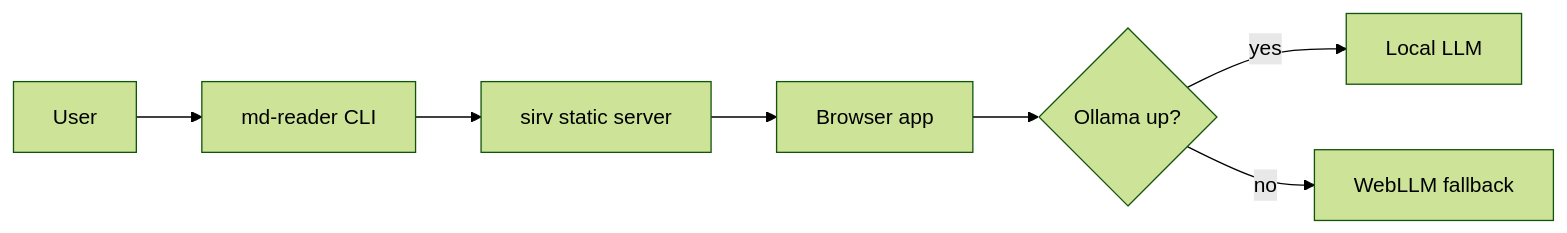
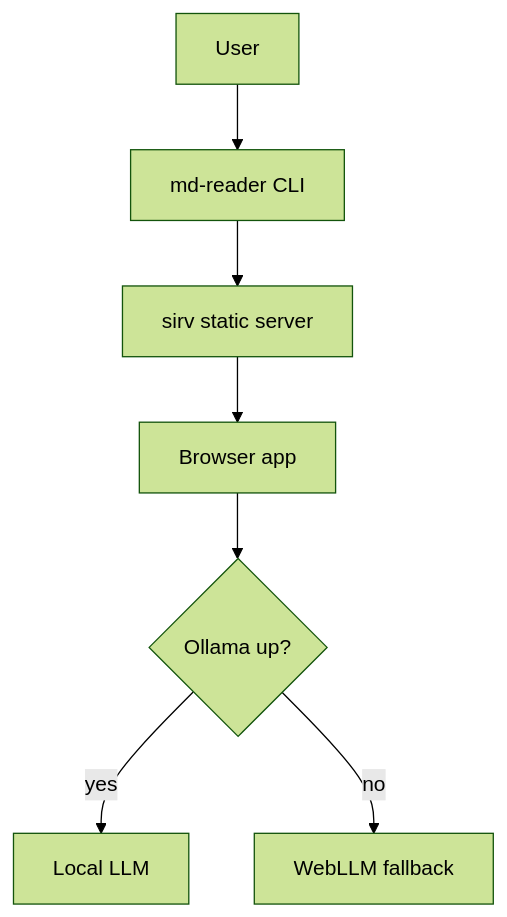
One commit to manup-dev/themarkdownreader changed the first of 3 diagrams in e2e/fixtures/harness/00-overview.md. Above: the diagram before and after it, drawn with Mermaid (forest theme). The commit also changed 2 other files, not shown here.

Commit message:
fix(e2e): align live-site fixture assertions with new mermaid fixture content

````diff
--- a/e2e/fixtures/harness/00-overview.md
+++ b/e2e/fixtures/harness/00-overview.md
@@ -7,9 +7,9 @@
 ```mermaid
-flowchart LR
+flowchart TB
   U[User] --> CLI[md-reader CLI]
   CLI --> S[sirv static server]
   S --> B[Browser app]
   B --> O{Ollama up?}
   O -- yes --> L[Local LLM]
   O -- no --> W[WebLLM fallback]
 ```
````
